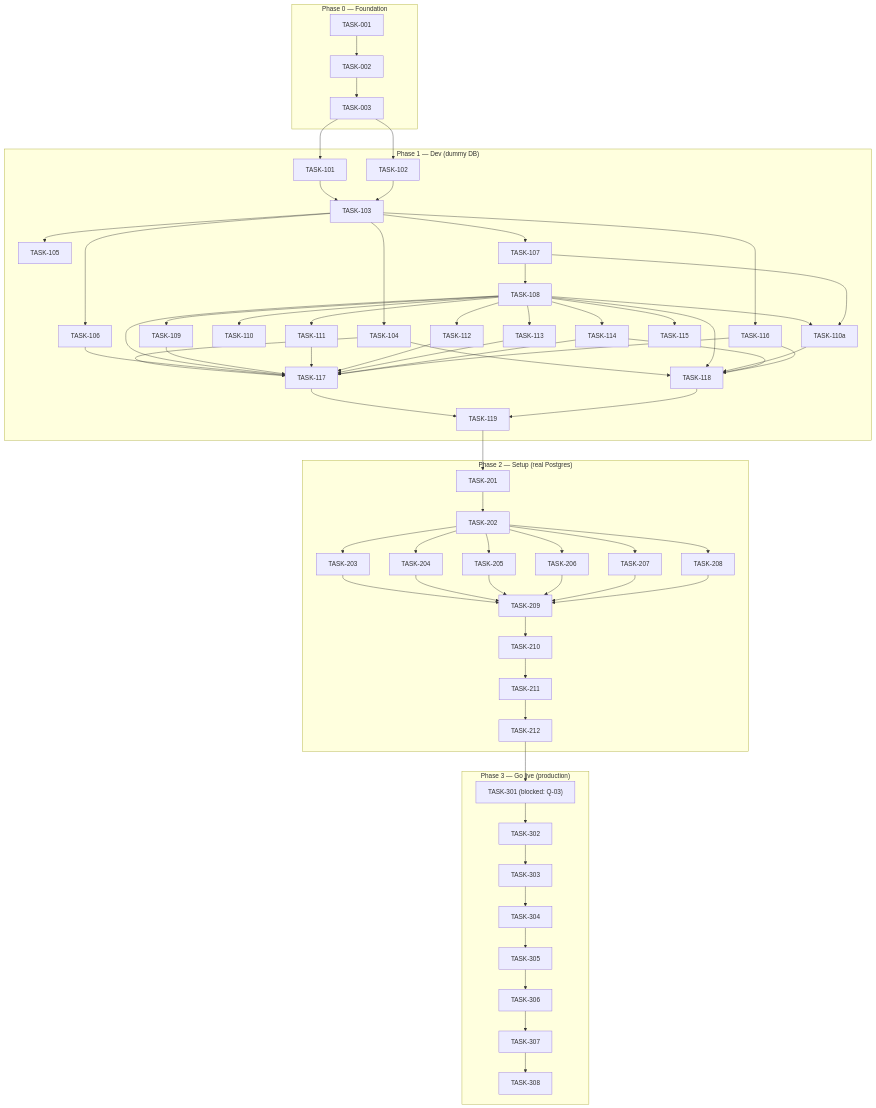
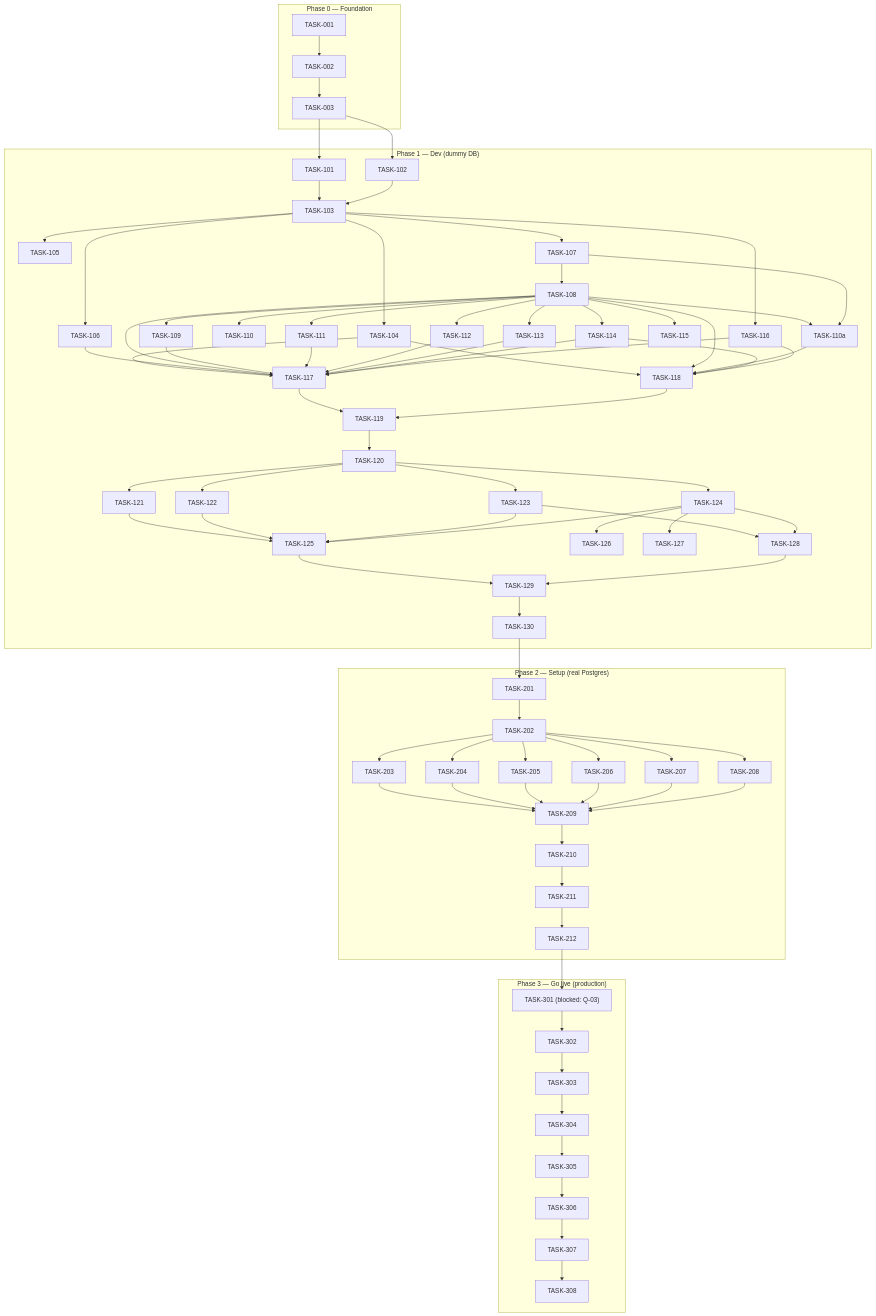
The diagram in .kiro/specs/bmi-stooring-system/tasks.md (hizzudin/BMI-STOORING-MANAGEMENT-SYSTEM), drawn with Mermaid before and after one commit. The commit also changed other lines of this file and 2 other files, not shown here.

Commit message:
docs(spec): full PRD coverage + traceability + gap tasks TASK-120..130

````diff
--- a/.kiro/specs/bmi-stooring-system/tasks.md
+++ b/.kiro/specs/bmi-stooring-system/tasks.md
@@ -61,6 +61,22 @@
     T116 --> T118
     T117 --> T119["TASK-119"]
     T118 --> T119
+    T119 --> T120["TASK-120"]
+    T120 --> T121["TASK-121"]
+    T120 --> T122["TASK-122"]
+    T120 --> T123["TASK-123"]
+    T120 --> T124["TASK-124"]
+    T121 --> T125["TASK-125"]
+    T122 --> T125
+    T123 --> T125
+    T124 --> T125
+    T124 --> T126["TASK-126"]
+    T124 --> T127["TASK-127"]
+    T123 --> T128["TASK-128"]
+    T124 --> T128
+    T125 --> T129["TASK-129"]
+    T128 --> T129
+    T129 --> T130["TASK-130"]
   end
 
   subgraph P2["Phase 2 — Setup (real Postgres)"]
@@ -94,6 +110,6 @@
 
   T003 --> T101
   T003 --> T102
-  T119 --> T201
+  T130 --> T201
   T212 --> T301
 ```
````
